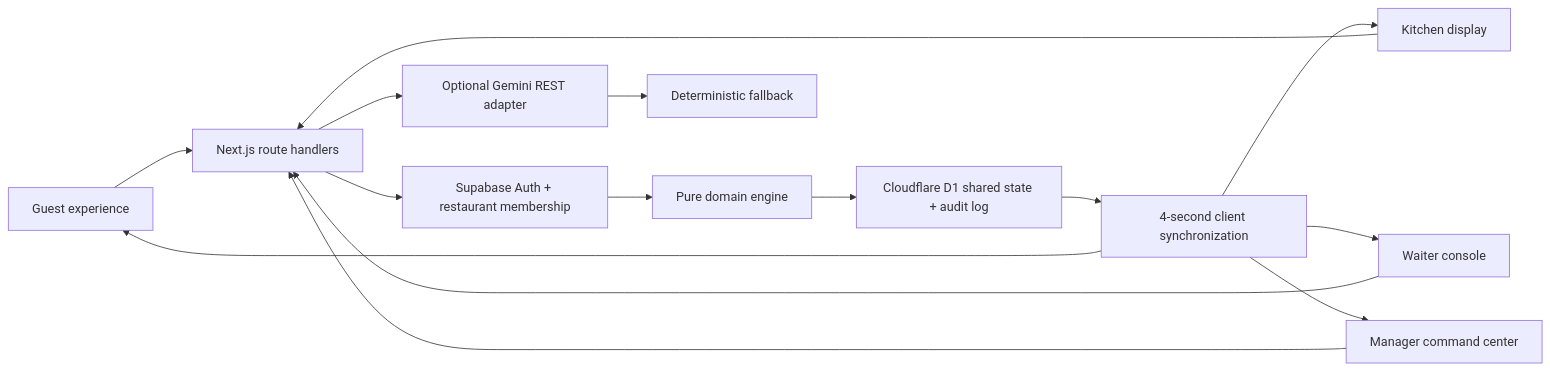
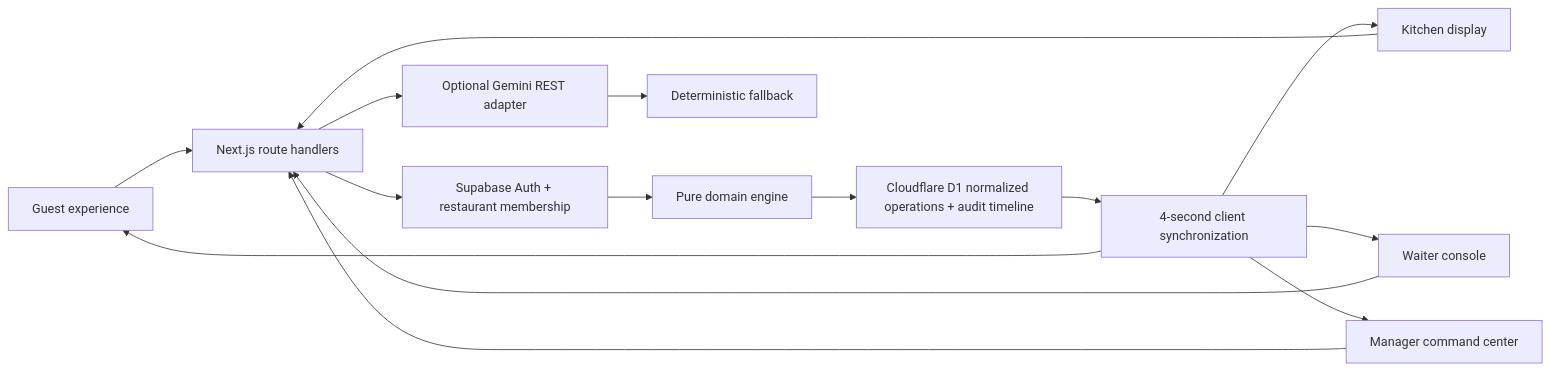
Before and after one commit to abhinav-codes123/Vibeathon: the diagram in README.md, drawn with Mermaid. The commit also changed other lines of this file and 9 other files, not shown here.

````diff
--- a/README.md
+++ b/README.md
@@ -42,17 +47,17 @@
 ```mermaid
 flowchart LR
   G["Guest experience"] --> API["Next.js route handlers"]
   K["Kitchen display"] --> API
   W["Waiter console"] --> API
   M["Manager command center"] --> API
   API --> A["Supabase Auth + restaurant membership"]
   A --> D["Pure domain engine"]
-  D --> DB["Cloudflare D1 shared state + audit log"]
+  D --> DB["Cloudflare D1 normalized operations + audit timeline"]
   API --> AI["Optional Gemini REST adapter"]
   AI --> F["Deterministic fallback"]
   DB --> P["4-second client synchronization"]
   P --> G
   P --> K
   P --> W
   P --> M
 ```
````
